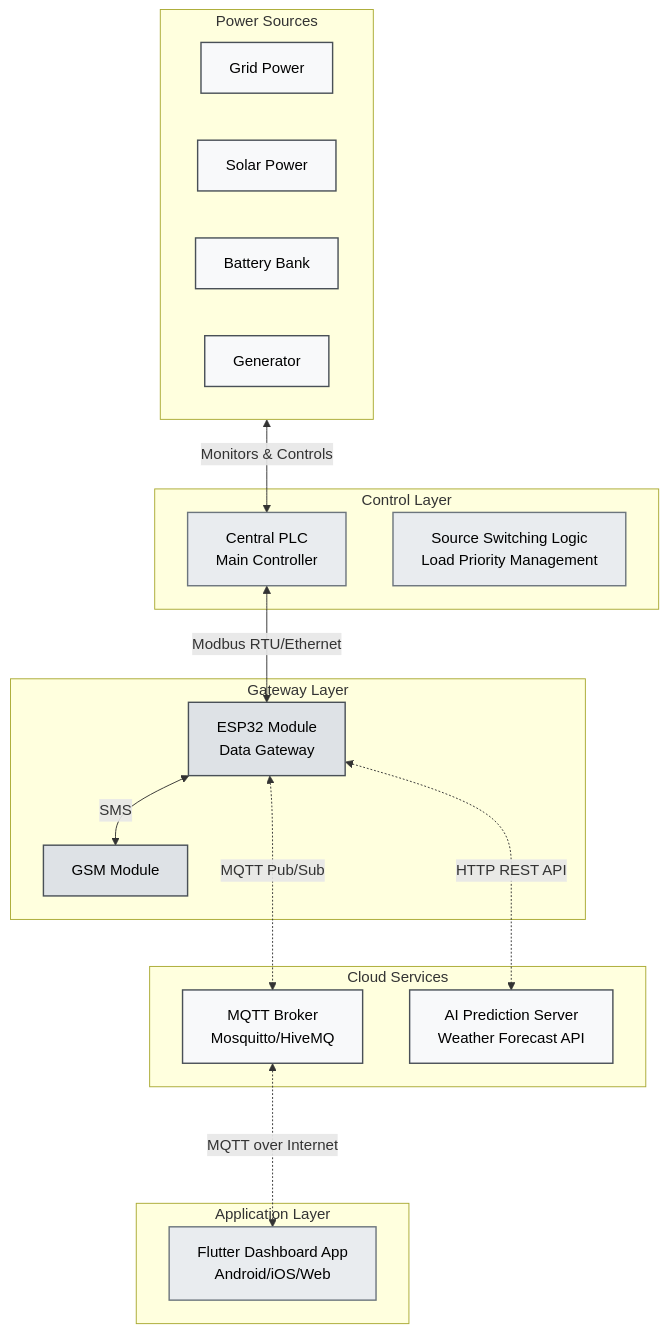
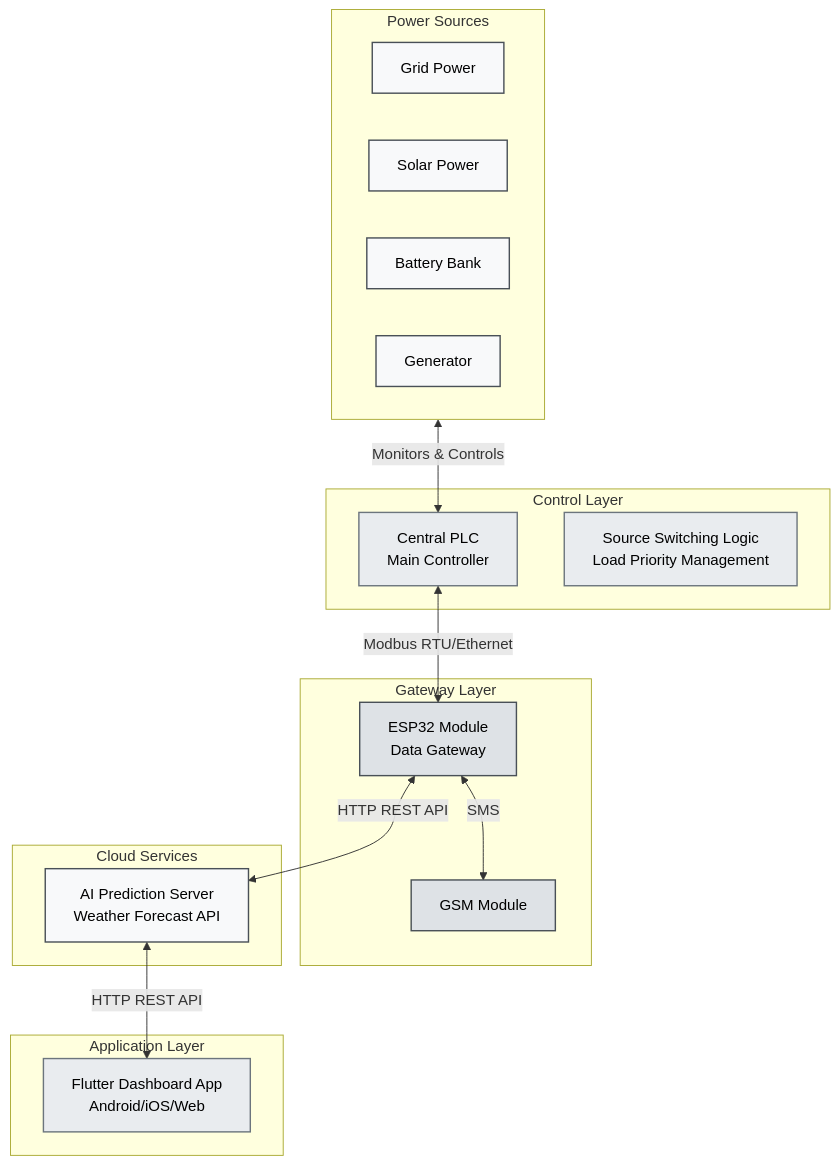
The diagram in README.md (saikesavvyas/CliniX), drawn with Mermaid before and after one commit.

````diff
--- a/README.md
+++ b/README.md
@@ -56,68 +56,66 @@
 ```mermaid
 flowchart TD
     %% Define all nodes with icons and styling
     Grid[Grid Power]
     Solar[Solar Power]
     Battery[Battery Bank]
     Generator[Generator]
 
     PLC[Central PLC<br>Main Controller]
     PLC_Logic[Source Switching Logic<br>Load Priority Management]
 
     ESP32[ESP32 Module<br>Data Gateway]
     GSM[GSM Module]
 
-    Broker[MQTT Broker<br>Mosquitto/HiveMQ]
     AI[AI Prediction Server<br>Weather Forecast API]
 
     Flutter[Flutter Dashboard App<br>Android/iOS/Web]
 
-    %% Define connections with protocol labels
+    %% Define connections without MQTT
     PowerSources <-->|Monitors & Controls| PLC
     PLC <-->|Modbus RTU/Ethernet| ESP32
     ESP32 <-->|SMS| GSM
-    ESP32 <-..->|MQTT Pub/Sub| Broker
-    ESP32 <-..->|HTTP REST API| AI
-    Broker <-..->|MQTT over Internet| Flutter
+    ESP32 <-->|HTTP REST API| AI
+    AI <-->|HTTP REST API| Flutter
 
     %% Group nodes with clean, minimal styling
     subgraph PowerSources [Power Sources]
         Grid
         Solar
         Battery
         Generator
     end
 
     subgraph ControlLayer [Control Layer]
         PLC
         PLC_Logic
     end
 
     subgraph GatewayLayer [Gateway Layer]
         ESP32
         GSM
     end
 
     subgraph CloudLayer [Cloud Services]
-        Broker
         AI
     end
 
     subgraph ApplicationLayer [Application Layer]
         Flutter
     end
 
     %% Apply consistent styling
     classDef source fill:#f8f9fa,stroke:#495057,stroke-width:1.5px,color:#000
     classDef control fill:#e9ecef,stroke:#6c757d,stroke-width:1.5px,color:#000
     classDef gateway fill:#dee2e6,stroke:#495057,stroke-width:1.5px,color:#000
     classDef cloud fill:#f8f9fa,stroke:#495057,stroke-width:1.5px,color:#000
     classDef app fill:#e9ecef,stroke:#6c757d,stroke-width:1.5px,color:#000
     classDef protocol fill:#ffffff,stroke:#adb5bd,stroke-width:1px,color:#495057
 
     class Grid,Solar,Battery,Generator source
     class PLC,PLC_Logic control
     class ESP32,GSM gateway
-    class Broker,AI cloud
+    class AI cloud
     class Flutter app
+
 ```
````
